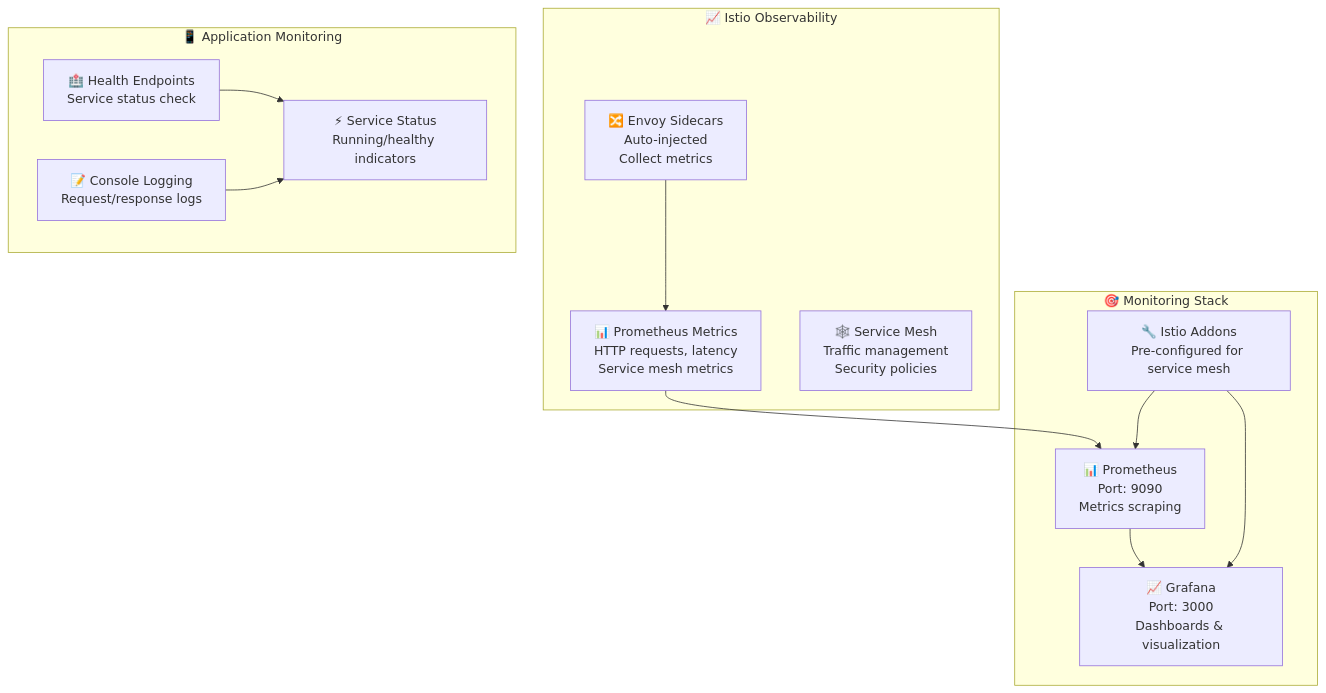
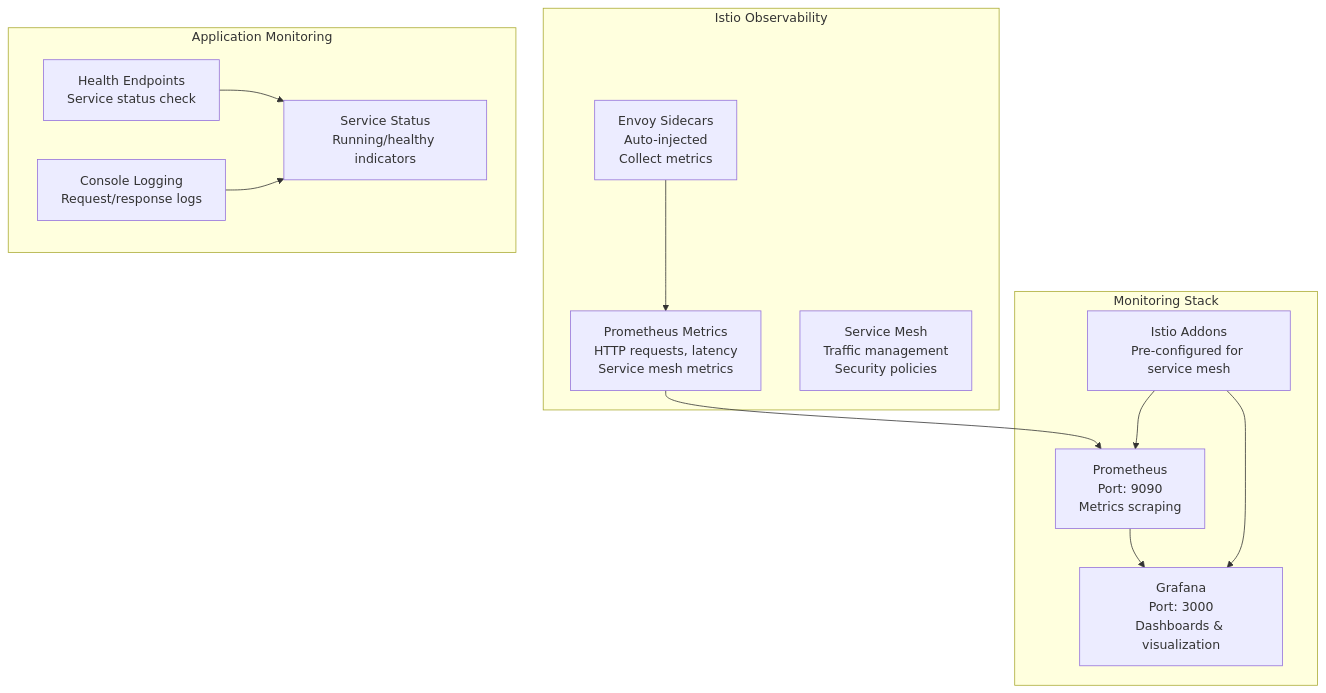
One commit to vvt911/blog-microservices changed the ninth of 9 diagrams in docs/architecture-diagrams.md. Above: the diagram before and after it, drawn with Mermaid. The commit also changed other lines of this file, not shown here.

````diff
--- a/docs/architecture-diagrams.md
+++ b/docs/architecture-diagrams.md
@@ -328,36 +328,36 @@
 ```mermaid
 graph TB
-    subgraph "📈 Istio Observability"
-        EnvoySidecars[🔀 Envoy Sidecars<br/>Auto-injected<br/>Collect metrics]
+    subgraph "Istio Observability"
+        EnvoySidecars[Envoy Sidecars<br/>Auto-injected<br/>Collect metrics]
         
-        PrometheusEndpoints[📊 Prometheus Metrics<br/>HTTP requests, latency<br/>Service mesh metrics]
+        PrometheusEndpoints[Prometheus Metrics<br/>HTTP requests, latency<br/>Service mesh metrics]
         
-        ServiceMesh[🕸️ Service Mesh<br/>Traffic management<br/>Security policies]
+        ServiceMesh[Service Mesh<br/>Traffic management<br/>Security policies]
     end
     
-    subgraph "🎯 Monitoring Stack"
-        Prometheus[📊 Prometheus<br/>Port: 9090<br/>Metrics scraping]
+    subgraph "Monitoring Stack"
+        Prometheus[Prometheus<br/>Port: 9090<br/>Metrics scraping]
         
-        Grafana[📈 Grafana<br/>Port: 3000<br/>Dashboards & visualization]
+        Grafana[Grafana<br/>Port: 3000<br/>Dashboards & visualization]
         
-        IstioAddons[🔧 Istio Addons<br/>Pre-configured for service mesh]
+        IstioAddons[Istio Addons<br/>Pre-configured for service mesh]
     end
     
-    subgraph "📱 Application Monitoring"
-        HealthEndpoints[🏥 Health Endpoints<br/>Service status check]
+    subgraph "Application Monitoring"
+        HealthEndpoints[Health Endpoints<br/>Service status check]
         
-        ConsoleLogging[📝 Console Logging<br/>Request/response logs]
+        ConsoleLogging[Console Logging<br/>Request/response logs]
         
-        ServiceStatus[⚡ Service Status<br/>Running/healthy indicators]
+        ServiceStatus[Service Status<br/>Running/healthy indicators]
     end
     
     EnvoySidecars --> PrometheusEndpoints
     PrometheusEndpoints --> Prometheus
     Prometheus --> Grafana
     
     IstioAddons --> Prometheus
     IstioAddons --> Grafana
     
     HealthEndpoints --> ServiceStatus
     ConsoleLogging --> ServiceStatus
 ```
````
